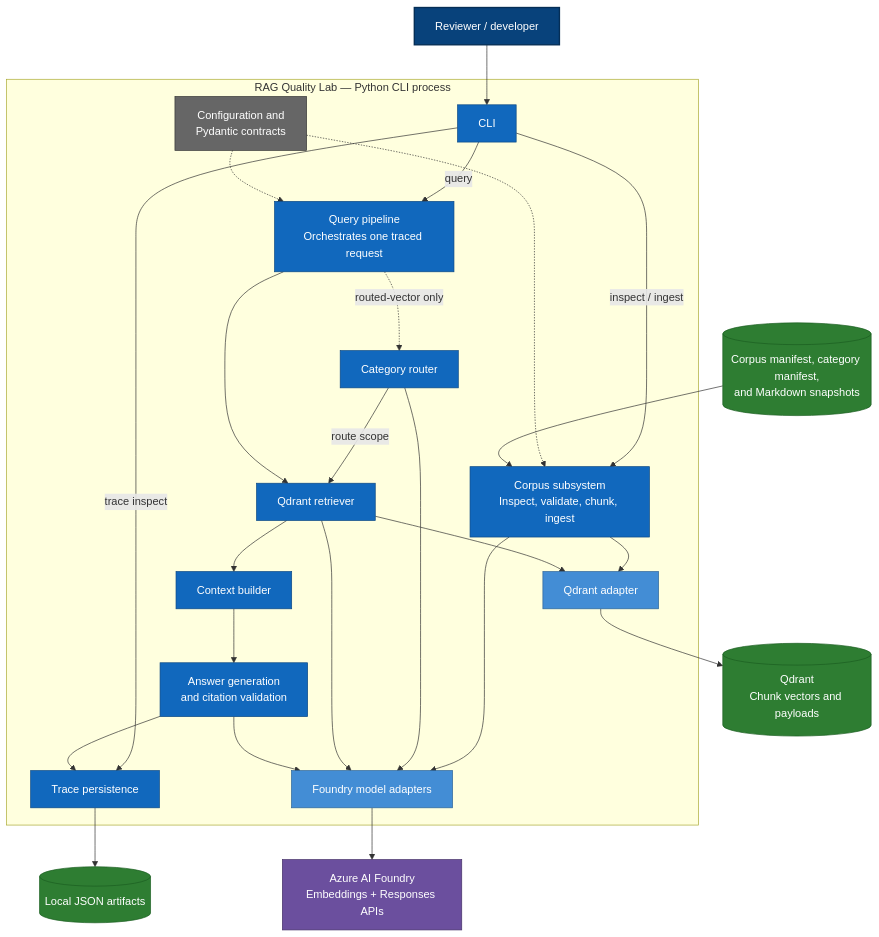
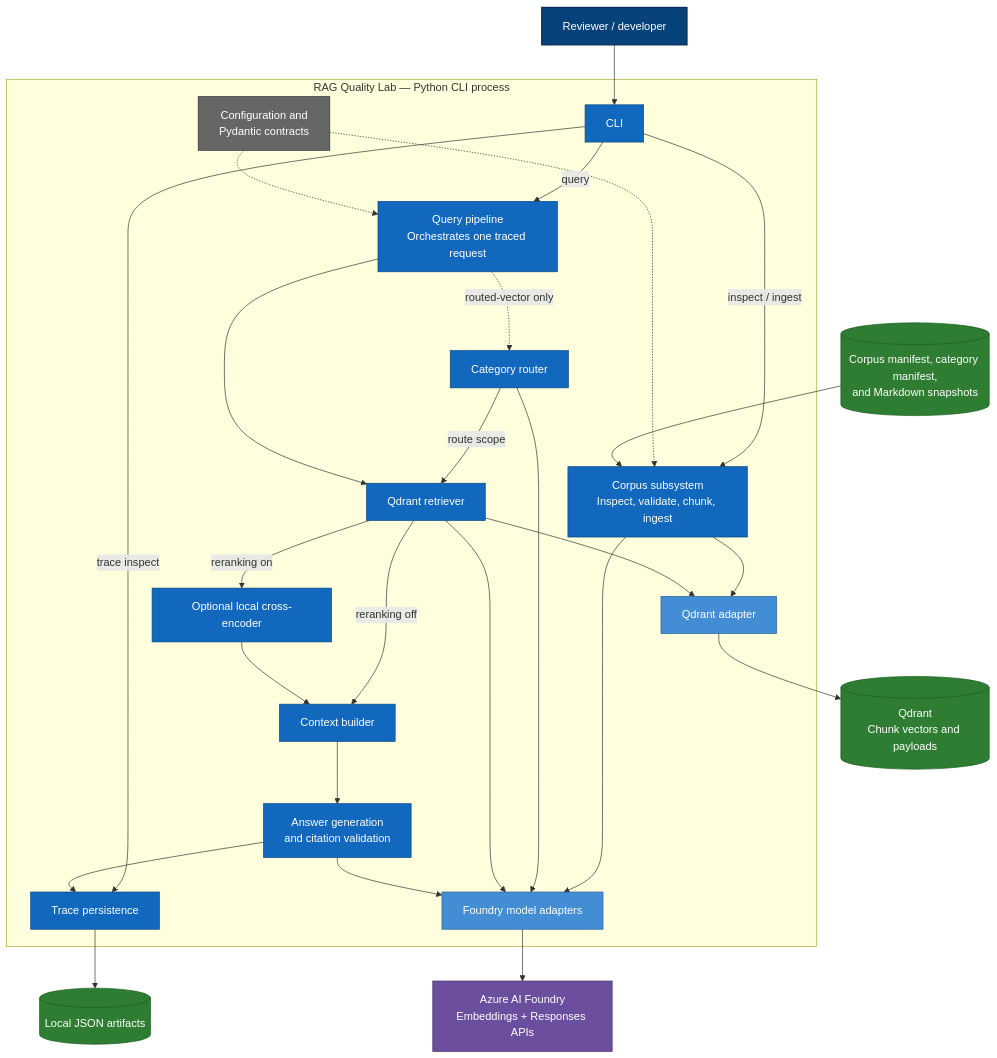
The first of 4 diagrams in docs/architecture.md (mariusz-kacz/rag-quality-lab), drawn with Mermaid before and after one commit. The commit also changed other lines of this file and 20 other files, not shown here.

````diff
--- a/docs/architecture.md
+++ b/docs/architecture.md
@@ -12,65 +12,68 @@
 ```mermaid
 flowchart TB
     reviewer["Reviewer / developer"]
     corpus_input[("Corpus manifest, category manifest,<br/>and Markdown snapshots")]
     foundry["Azure AI Foundry<br/>Embeddings + Responses APIs"]
     qdrant[("Qdrant<br/>Chunk vectors and payloads")]
     artifacts[("Local JSON artifacts")]
 
     subgraph app["RAG Quality Lab — Python CLI process"]
         cli["CLI"]
         corpus["Corpus subsystem<br/>Inspect, validate, chunk, ingest"]
         query["Query pipeline<br/>Orchestrates one traced request"]
 
         router["Category router"]
         retrieval["Qdrant retriever"]
+        rerank["Optional local cross-encoder"]
         context["Context builder"]
         answer["Answer generation<br/>and citation validation"]
         traces["Trace persistence"]
 
         model_adapters["Foundry model adapters"]
         qdrant_adapter["Qdrant adapter"]
         contracts["Configuration and<br/>Pydantic contracts"]
 
         cli -->|"inspect / ingest"| corpus
         cli -->|"query"| query
         cli -->|"trace inspect"| traces
 
         query -.->|"routed-vector only"| router
         router -->|"route scope"| retrieval
         query --> retrieval
-        retrieval --> context
+        retrieval -->|"reranking off"| context
+        retrieval -->|"reranking on"| rerank
+        rerank --> context
         context --> answer
         answer --> traces
 
         corpus --> model_adapters
         corpus --> qdrant_adapter
         router --> model_adapters
         retrieval --> model_adapters
         retrieval --> qdrant_adapter
         answer --> model_adapters
 
         contracts -.-> corpus
         contracts -.-> query
     end
 
     reviewer --> cli
     corpus_input --> corpus
     model_adapters --> foundry
     qdrant_adapter --> qdrant
     traces --> artifacts
 
     classDef person fill:#08427b,color:#fff,stroke:#052e56,stroke-width:2px;
     classDef component fill:#1168bd,color:#fff,stroke:#0b4884;
     classDef adapter fill:#438dd5,color:#fff,stroke:#2d6599;
     classDef datastore fill:#2e7d32,color:#fff,stroke:#1b5e20;
     classDef external fill:#6b4f9e,color:#fff,stroke:#463268;
     classDef contract fill:#666,color:#fff,stroke:#333;
 
     class reviewer person;
-    class cli,corpus,query,router,retrieval,context,answer,traces component;
+    class cli,corpus,query,router,retrieval,rerank,context,answer,traces component;
     class model_adapters,qdrant_adapter adapter;
     class corpus_input,qdrant,artifacts datastore;
     class foundry external;
     class contracts contract;
 ```
````
